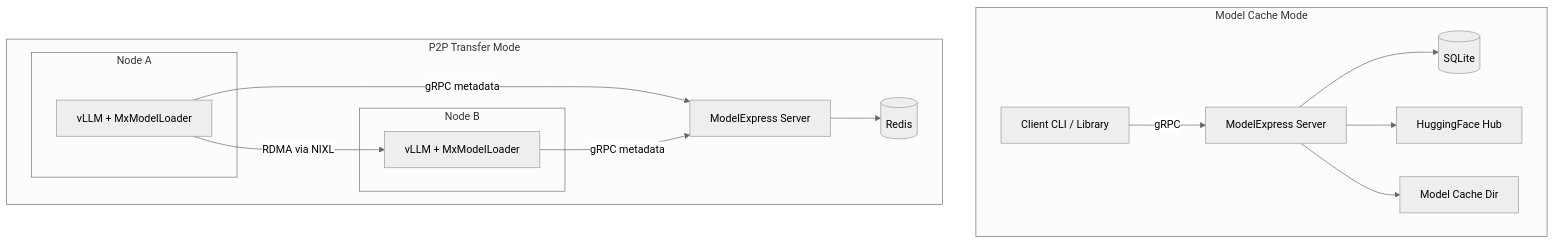
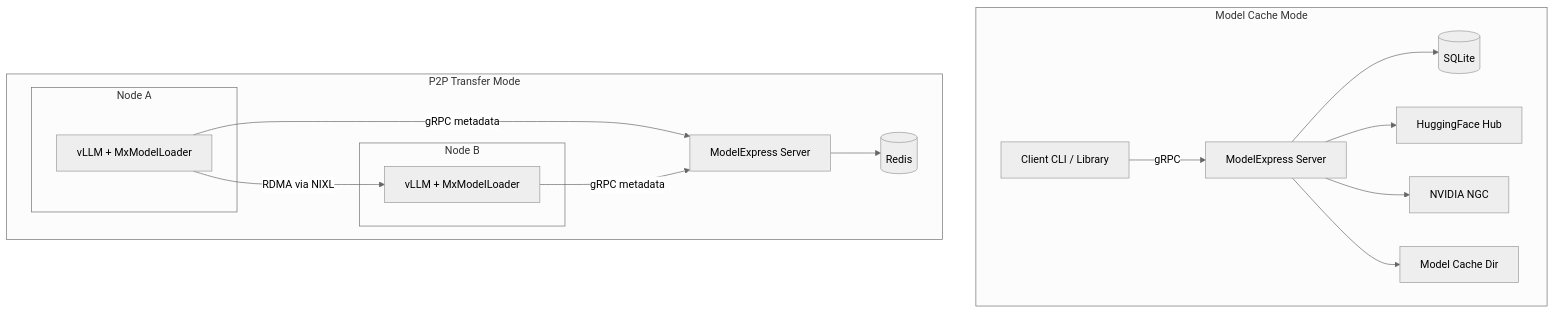
The first of 2 diagrams in docs/ARCHITECTURE.md (ai-dynamo/modelexpress), drawn with Mermaid (neutral theme) before and after one commit. The commit also changed other lines of this file and 14 other files, not shown here.

````diff
--- a/docs/ARCHITECTURE.md
+++ b/docs/ARCHITECTURE.md
@@ -26,22 +26,23 @@
 ```mermaid
 graph TD
     subgraph "Model Cache Mode"
         C1[Client CLI / Library] -->|gRPC| S1[ModelExpress Server]
         S1 --> DB[(SQLite)]
         S1 --> HF[HuggingFace Hub]
+        S1 --> NGC[NVIDIA NGC]
         S1 --> Cache[Model Cache Dir]
     end
 
     subgraph "P2P Transfer Mode"
         subgraph "Node A"
             A[vLLM + MxModelLoader]
         end
         subgraph "Node B"
             B[vLLM + MxModelLoader]
         end
         A -->|gRPC metadata| S2[ModelExpress Server]
         B -->|gRPC metadata| S2
         S2 --> R[(Redis)]
         A -- "RDMA via NIXL" --> B
     end
 ```
````
